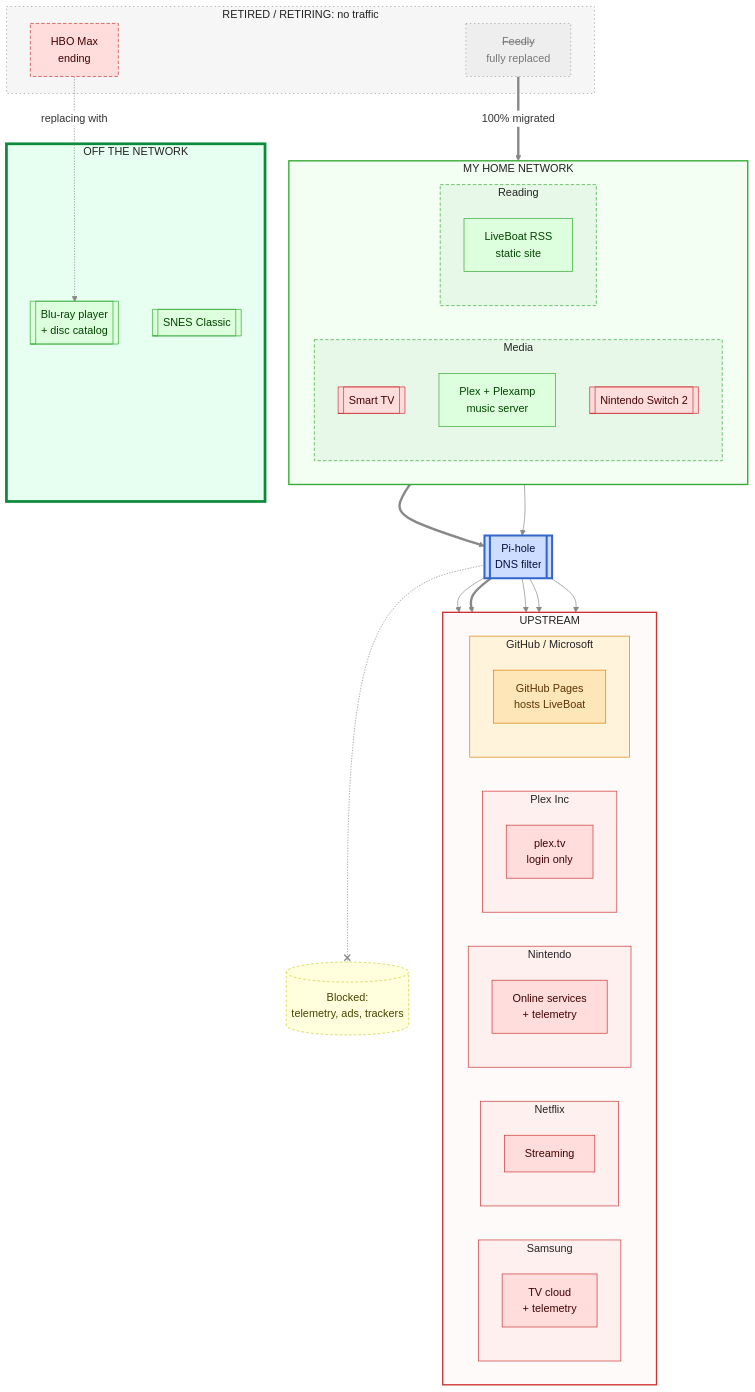
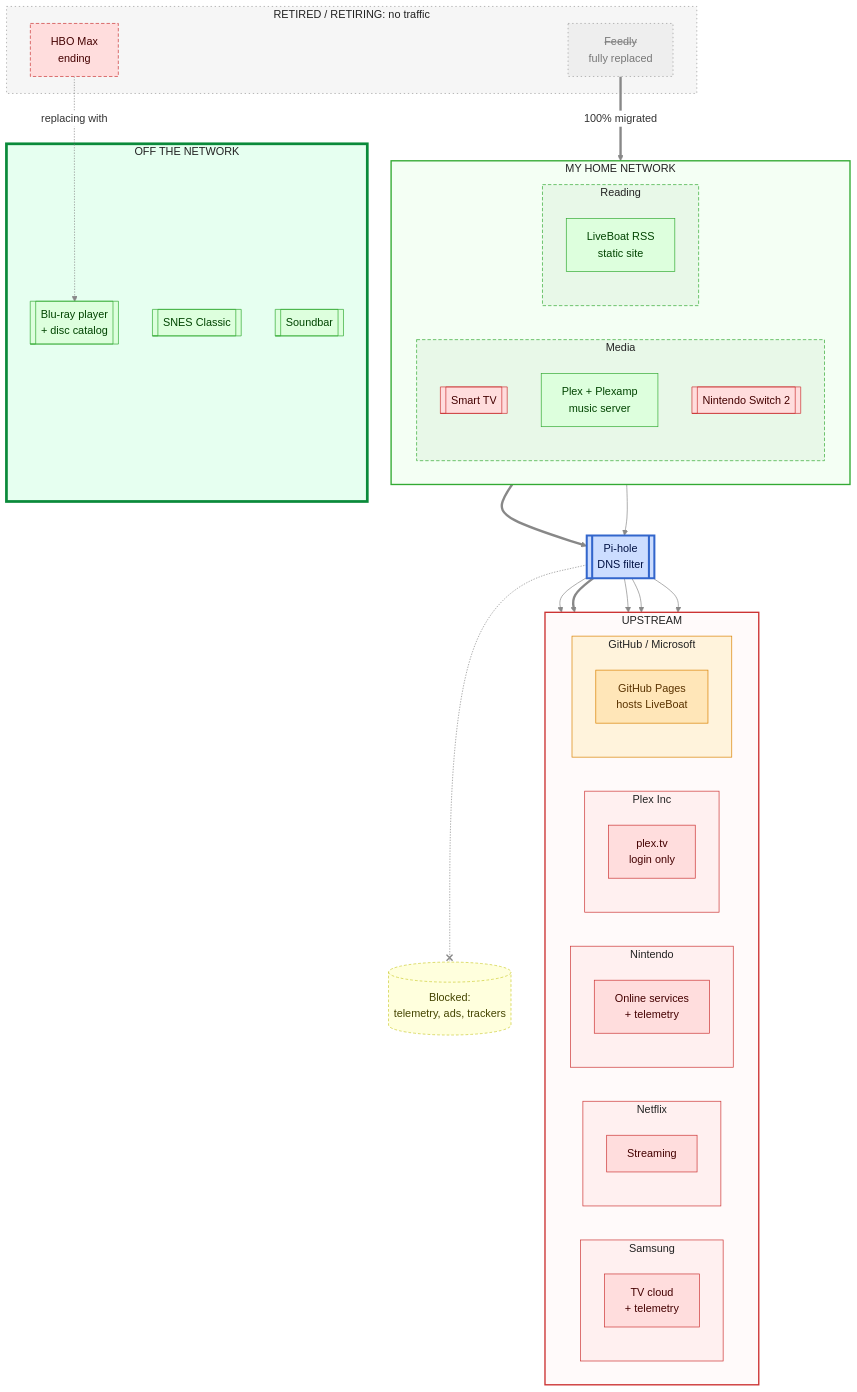
The second of 5 diagrams in README.md (lowlydba/torch-the-tech), drawn with Mermaid before and after one commit.

Commit message:
Add offline soundbar

```diff
--- a/README.md
+++ b/README.md
@@ -97,6 +97,7 @@
     subgraph offline["OFF THE NETWORK"]
         bluray[[Blu-ray player<br/>+ disc catalog]]
         snes[[SNES Classic]]
+        soundbar[[Soundbar]]
     end
 
     pihole[[Pi-hole<br/>DNS filter]]
@@ -147,7 +148,7 @@
     class scloud,nflx,hbo,plextv,ncloud,switch2 big
     class ghpages hosted
     class frame big
-    class plex,liveboat,bluray,snes self
+    class plex,liveboat,bluray,snes,soundbar self
     class pihole gate
     class feedly gone
     class blocked note
```
